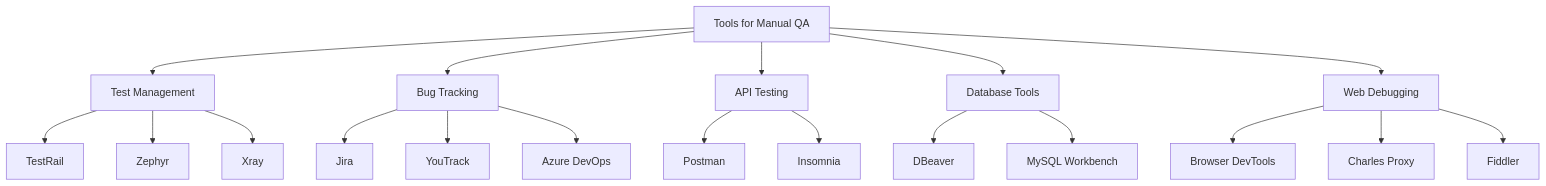
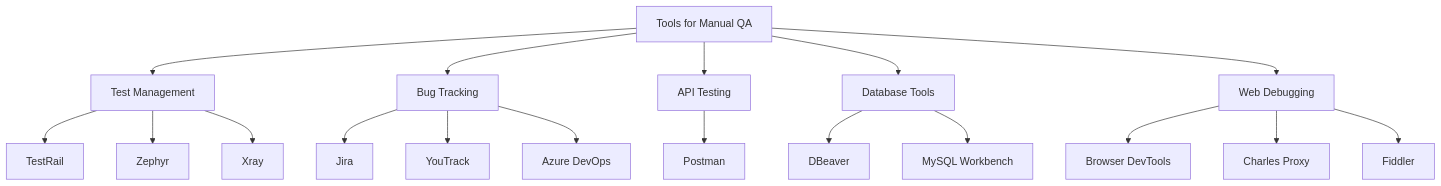
One commit to EderIpanaque/qa-portfolio changed the diagram in Mindmaps/Tools_For_Manual_QA.md. Above: the diagram before and after it, drawn with Mermaid. The commit also changed other lines of this file, not shown here.

````diff
--- a/Mindmaps/Tools_For_Manual_QA.md
+++ b/Mindmaps/Tools_For_Manual_QA.md
@@ -9,34 +9,33 @@
 ```mermaid
 graph TD
     Tools[Tools for Manual QA]
      
     Management[Test Management]
     Tracking[Bug Tracking]
     API[API Testing]
     DB[Database Tools]
     Web[Web Debugging]
 
     Management --> TestRail[TestRail]
     Management --> Zephyr[Zephyr]
     Management --> XRAY[Xray]
 
     Tracking --> Jira[Jira]
     Tracking --> YouTrack[YouTrack]
     Tracking --> AzureDevOps[Azure DevOps]
 
     API --> Postman[Postman]
-    API --> Insomnia[Insomnia]
 
     DB --> DBeaver[DBeaver]
     DB --> MySQLWorkbench[MySQL Workbench]
 
     Web --> DevTools[Browser DevTools]
     Web --> Charles[Charles Proxy]
     Web --> Fiddler[Fiddler]
     
     Tools --> Management
     Tools --> Tracking
     Tools --> API
     Tools --> DB
     Tools --> Web
 ```  
````
